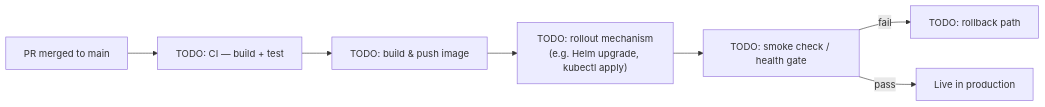
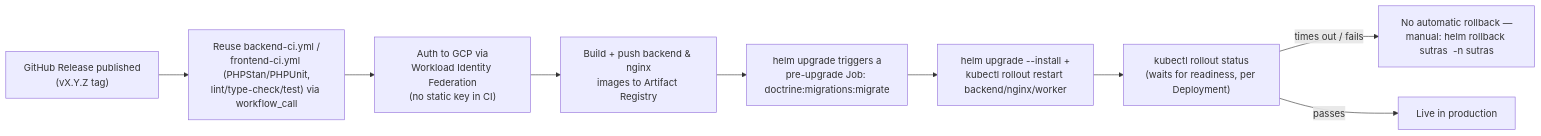
The second of 2 diagrams in docs/deployment.md (sharmilanAmpi/sutras-playbook), drawn with Mermaid before and after one commit. The commit also changed other lines of this file and 10 other files, not shown here.

````diff
--- a/docs/deployment.md
+++ b/docs/deployment.md
@@ -45,9 +55,11 @@
 ```mermaid
 flowchart LR
-    PR["PR merged to main"] --> CI["TODO: CI — build + test"]
-    CI --> Image["TODO: build & push image"]
-    Image --> Deploy["TODO: rollout mechanism\n(e.g. Helm upgrade, kubectl apply)"]
-    Deploy --> Check["TODO: smoke check / health gate"]
-    Check -->|fail| Rollback["TODO: rollback path"]
-    Check -->|pass| Live["Live in production"]
+    Tag["GitHub Release published\n(vX.Y.Z tag)"] --> CI["Reuse backend-ci.yml /\nfrontend-ci.yml (PHPStan/PHPUnit,\nlint/type-check/test) via workflow_call"]
+    CI --> Auth["Auth to GCP via\nWorkload Identity Federation\n(no static key in CI)"]
+    Auth --> Image["Build + push backend & nginx\nimages to Artifact Registry"]
+    Image --> Migrate["helm upgrade triggers a\npre-upgrade Job: doctrine:migrations:migrate"]
+    Migrate --> Deploy["helm upgrade --install +\nkubectl rollout restart backend/nginx/worker"]
+    Deploy --> Wait["kubectl rollout status\n(waits for readiness, per Deployment)"]
+    Wait -->|"times out / fails"| Manual["No automatic rollback —\nmanual: helm rollback sutras <rev> -n sutras"]
+    Wait -->|passes| Live["Live in production"]
 ```
````
